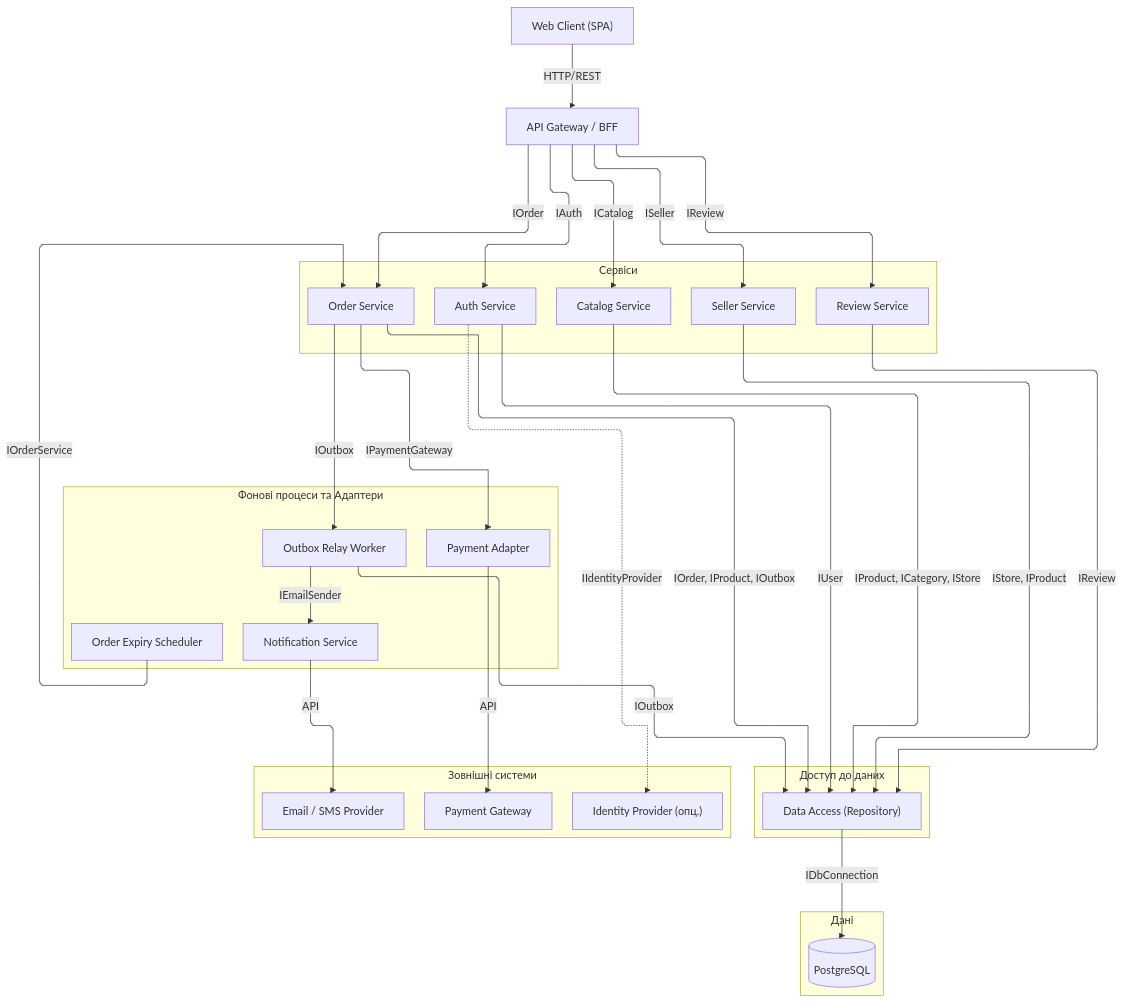
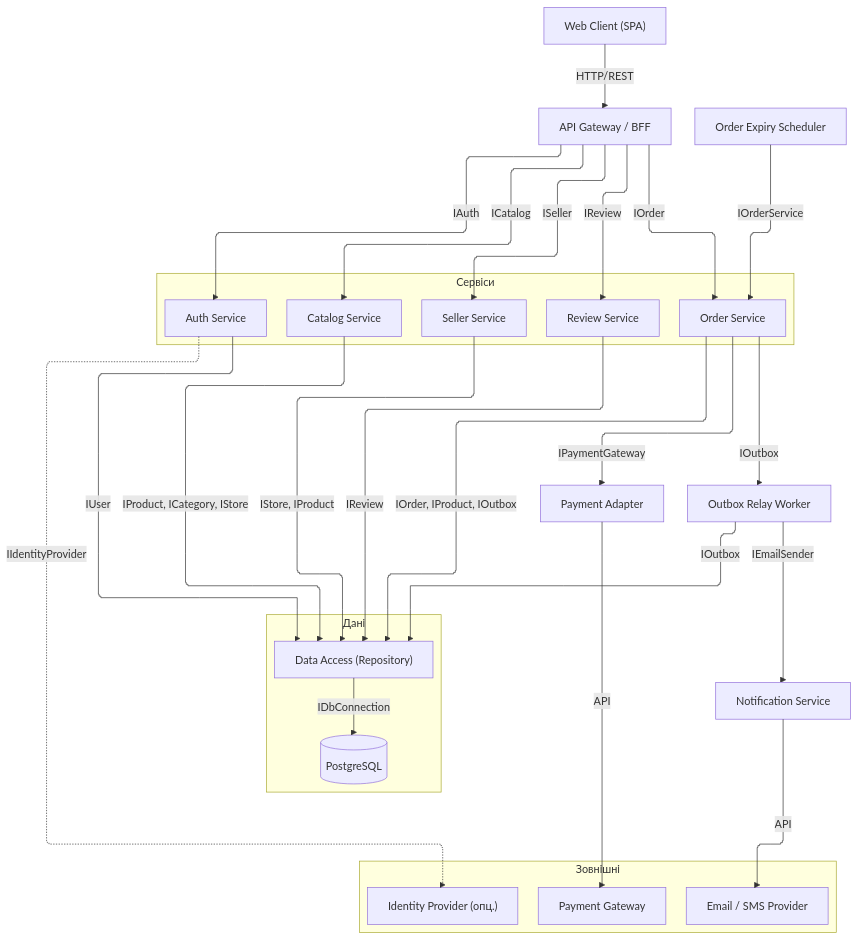
Before and after one commit to Stefect/Modeling-and-Analysis-of-Software-Requirements: the diagram in task-5/component.md, drawn with Mermaid.

Commit message:
refactor: об'єднано DAL+DB, винесено воркери, elk з rankSpacing 50

````diff
--- a/task-5/component.md
+++ b/task-5/component.md
@@ -9,63 +9,59 @@
 ```mermaid
-%%{init: {"flowchart": {"defaultRenderer": "elk", "curve": "step", "nodeSpacing": 40, "rankSpacing": 60}}}%%
+%%{init: {"flowchart": {"defaultRenderer": "elk", "curve": "step", "nodeSpacing": 40, "rankSpacing": 50}}}%%
 flowchart TB
     %% --- Клієнт та API ---
     WebClient["Web Client (SPA)"] -->|HTTP/REST| Gateway["API Gateway / BFF"]
 
     %% --- Центральна бізнес-логіка (Сервіси) ---
-    subgraph Services["Сервіси"]
+    subgraph Сервіси
         AuthService["Auth Service"]
         CatalogService["Catalog Service"]
         SellerService["Seller Service"]
         OrderService["Order Service"]
         ReviewService["Review Service"]
     end
 
     Gateway -->|IAuth| AuthService
     Gateway -->|ICatalog| CatalogService
     Gateway -->|ISeller| SellerService
     Gateway -->|IOrder| OrderService
     Gateway -->|IReview| ReviewService
 
-    %% --- Фонові процеси та Адаптери ---
-    subgraph Workers["Фонові процеси та Адаптери"]
-        ExpiryScheduler["Order Expiry Scheduler"]
-        PaymentAdapter["Payment Adapter"]
-        OutboxRelay["Outbox Relay Worker"]
-        NotificationService["Notification Service"]
+    %% --- Рівень Даних (DAL та БД в одному блоці для прямоти ліній) ---
+    subgraph Дані
+        DataAccess["Data Access (Repository)"]
+        Database[("PostgreSQL")]
     end
+    DataAccess -->|IDbConnection| Database
 
-    ExpiryScheduler -->|IOrderService| OrderService
-    OrderService -->|IPaymentGateway| PaymentAdapter
-    OrderService -->|IOutbox| OutboxRelay
-    OutboxRelay -->|IEmailSender| NotificationService
-
-    %% --- Рівень Даних (DAL) ---
-    subgraph DAL["Доступ до даних"]
-        DataAccess["Data Access (Repository)"]
-    end
-
+    %% --- Прямі зв'язки від Сервісів до Бази (тепер йдуть строго вниз) ---
     AuthService -->|IUser| DataAccess
     CatalogService -->|IProduct, ICategory, IStore| DataAccess
     SellerService -->|IStore, IProduct| DataAccess
     OrderService -->|IOrder, IProduct, IOutbox| DataAccess
     ReviewService -->|IReview| DataAccess
+
+    %% --- Фонові процеси та Адаптери (БЕЗ обгортки-стіни) ---
+    ExpiryScheduler["Order Expiry Scheduler"]
+    PaymentAdapter["Payment Adapter"]
+    OutboxRelay["Outbox Relay Worker"]
+    NotificationService["Notification Service"]
+
+    %% --- Зв'язки воркерів ---
+    ExpiryScheduler -->|IOrderService| OrderService
+    OrderService -->|IPaymentGateway| PaymentAdapter
+    OrderService -->|IOutbox| OutboxRelay
+    OutboxRelay -->|IEmailSender| NotificationService
     OutboxRelay -->|IOutbox| DataAccess
 
-    %% --- База даних ---
-    subgraph Data["Дані"]
-        Database[("PostgreSQL")]
-    end
-    DataAccess -->|IDbConnection| Database
-
     %% --- Зовнішні системи ---
-    subgraph External["Зовнішні системи"]
+    subgraph Зовнішні
         IdentityProvider["Identity Provider (опц.)"]
         PaymentGateway["Payment Gateway"]
         EmailProvider["Email / SMS Provider"]
     end
 
     AuthService -.->|IIdentityProvider| IdentityProvider
     PaymentAdapter -->|API| PaymentGateway
     NotificationService -->|API| EmailProvider
 ```
````
